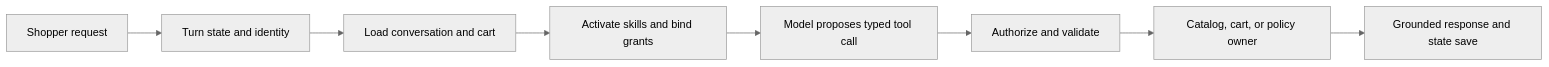
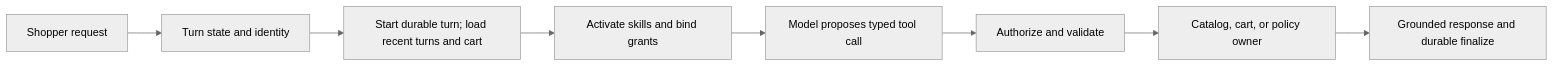
The diagram in docs/SHOPPER_AGENT_LEADERSHIP_NOTE.md (NVIDIA-AI-Blueprints/retail-shopping-assistant), drawn with Mermaid (neutral theme) before and after one commit. The commit also changed other lines of this file and 21 other files, not shown here.

Commit message:
feat: add durable conversation turns

````diff
--- a/docs/SHOPPER_AGENT_LEADERSHIP_NOTE.md
+++ b/docs/SHOPPER_AGENT_LEADERSHIP_NOTE.md
@@ -22,10 +23,10 @@
 ```mermaid
 flowchart LR
     A[Shopper request] --> B[Turn state and identity]
-    B --> C[Load conversation and cart]
+    B --> C[Start durable turn; load recent turns and cart]
     C --> D[Activate skills and bind grants]
     D --> E[Model proposes typed tool call]
     E --> F[Authorize and validate]
     F --> G[Catalog, cart, or policy owner]
-    G --> H[Grounded response and state save]
+    G --> H[Grounded response and durable finalize]
 ```
````
